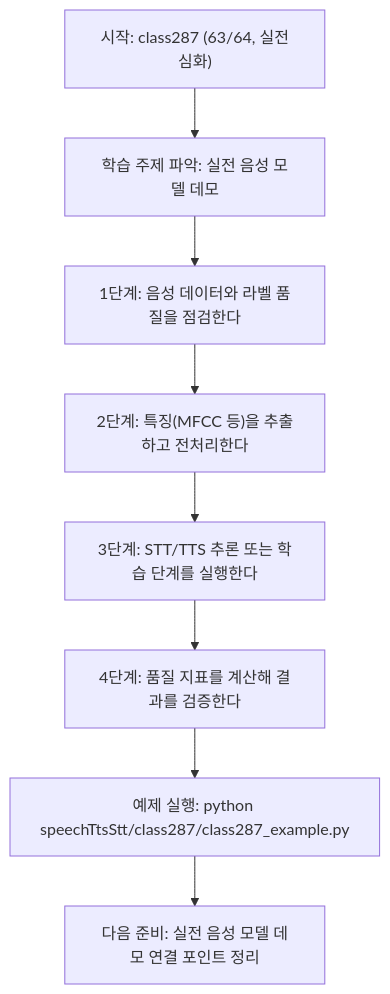
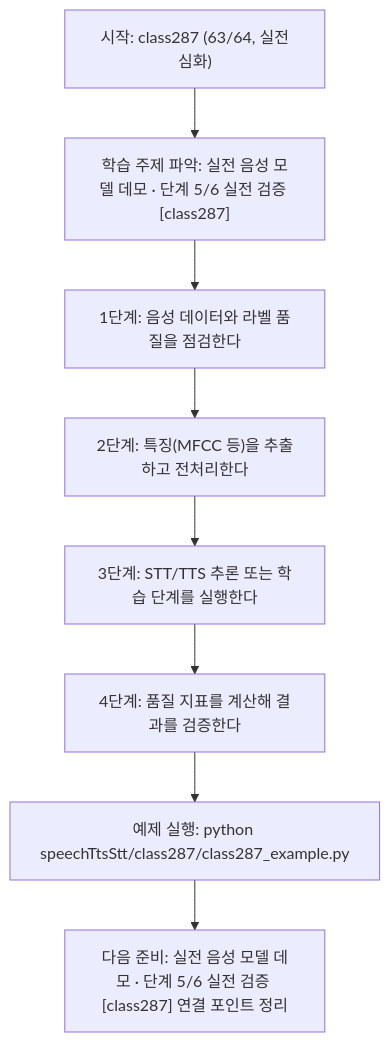
The diagram in speechTtsStt/class287/class287.md (edumgt/Python-AI_Agent-Class), drawn with Mermaid before and after one commit. The commit also changed other lines of this file and 522 other files, not shown here.

````diff
--- a/speechTtsStt/class287/class287.md
+++ b/speechTtsStt/class287/class287.md
@@ -114,18 +115,18 @@
 ```mermaid
 flowchart TD
 N1["시작: class287 (63/64, 실전심화)"]
-N2["학습 주제 파악: 실전 음성 모델 데모"]
+N2["학습 주제 파악: 실전 음성 모델 데모 · 단계 5/6 실전 검증 [class287]"]
 N3["1단계: 음성 데이터와 라벨 품질을 점검한다"]
 N4["2단계: 특징(MFCC 등)을 추출하고 전처리한다"]
 N5["3단계: STT/TTS 추론 또는 학습 단계를 실행한다"]
 N6["4단계: 품질 지표를 계산해 결과를 검증한다"]
 N7["예제 실행: python speechTtsStt/class287/class287_example.py"]
-N8["다음 준비: 실전 음성 모델 데모 연결 포인트 정리"]
+N8["다음 준비: 실전 음성 모델 데모 · 단계 5/6 실전 검증 [class287] 연결 포인트 정리"]
 N1 --> N2
 N2 --> N3
 N3 --> N4
 N4 --> N5
 N5 --> N6
 N6 --> N7
 N7 --> N8
 ```
````
